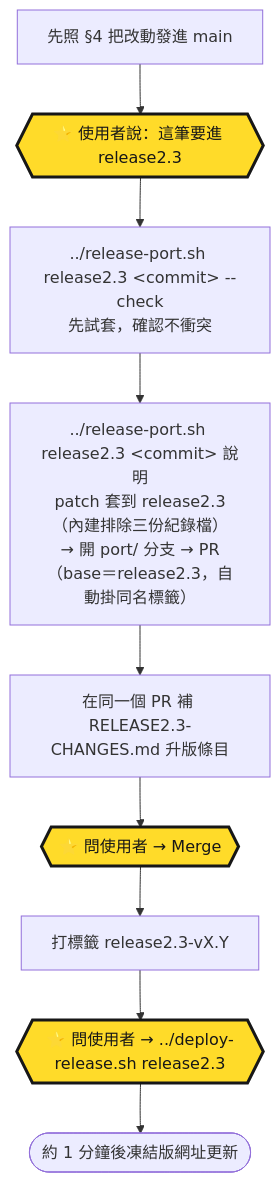
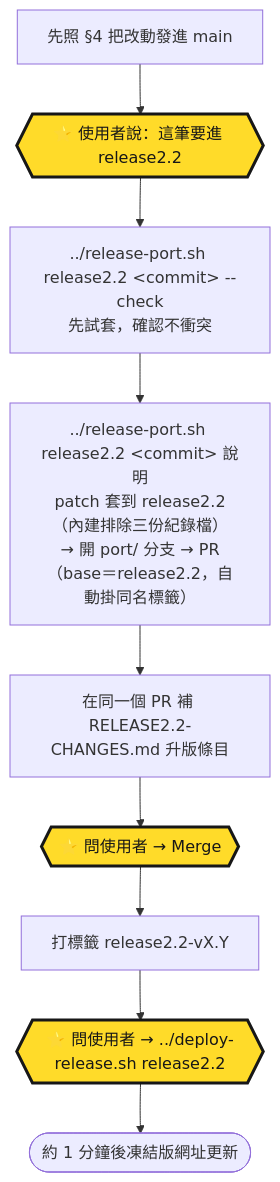
One commit to ztor20/Creator-Studio changed the second of 2 diagrams in ztor-creator-studio/WORKFLOW.md. Above: the diagram before and after it, drawn with Mermaid. The commit also changed other lines of this file and 45 other files, not shown here.

````diff
--- a/ztor-creator-studio/WORKFLOW.md
+++ b/ztor-creator-studio/WORKFLOW.md
@@ -167,14 +167,14 @@
 ```mermaid
 flowchart TD
-    A["先照 §4 把改動發進 main"] --> B{{"⭐ 使用者說：這筆要進 release2.3"}}
-    B --> C["../release-port.sh release2.3 &lt;commit&gt; --check<br/>先試套，確認不衝突"]
-    C --> D["../release-port.sh release2.3 &lt;commit&gt; 說明<br/>patch 套到 release2.3（內建排除三份紀錄檔）<br/>→ 開 port/ 分支 → PR（base＝release2.3，自動掛同名標籤）"]
-    D --> E["在同一個 PR 補 RELEASE2.3-CHANGES.md 升版條目"]
+    A["先照 §4 把改動發進 main"] --> B{{"⭐ 使用者說：這筆要進 release2.2"}}
+    B --> C["../release-port.sh release2.2 &lt;commit&gt; --check<br/>先試套，確認不衝突"]
+    C --> D["../release-port.sh release2.2 &lt;commit&gt; 說明<br/>patch 套到 release2.2（內建排除三份紀錄檔）<br/>→ 開 port/ 分支 → PR（base＝release2.2，自動掛同名標籤）"]
+    D --> E["在同一個 PR 補 RELEASE2.2-CHANGES.md 升版條目"]
     E --> F{{"⭐ 問使用者 → Merge"}}
-    F --> G["打標籤 release2.3-vX.Y"]
-    G --> H{{"⭐ 問使用者 → ../deploy-release.sh release2.3"}}
+    F --> G["打標籤 release2.2-vX.Y"]
+    G --> H{{"⭐ 問使用者 → ../deploy-release.sh release2.2"}}
     H --> I(["約 1 分鐘後凍結版網址更新"])
 
     classDef gate fill:#FFDB29,stroke:#171717,stroke-width:3px,color:#171717;
     class B,F,H gate;
 ```
````
